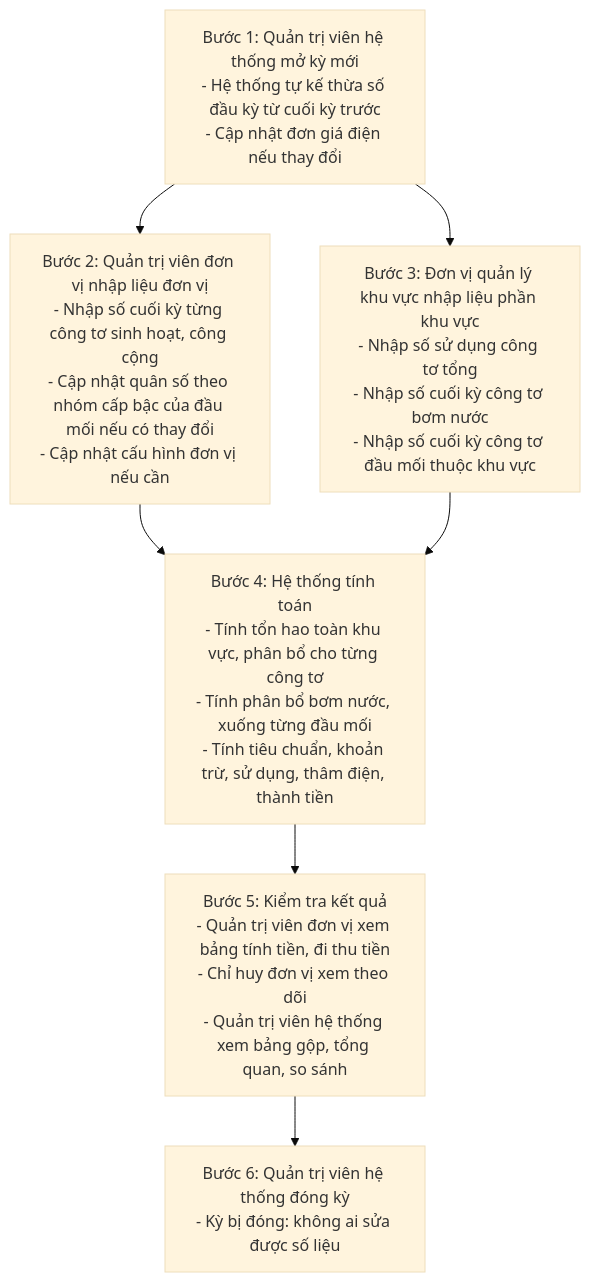
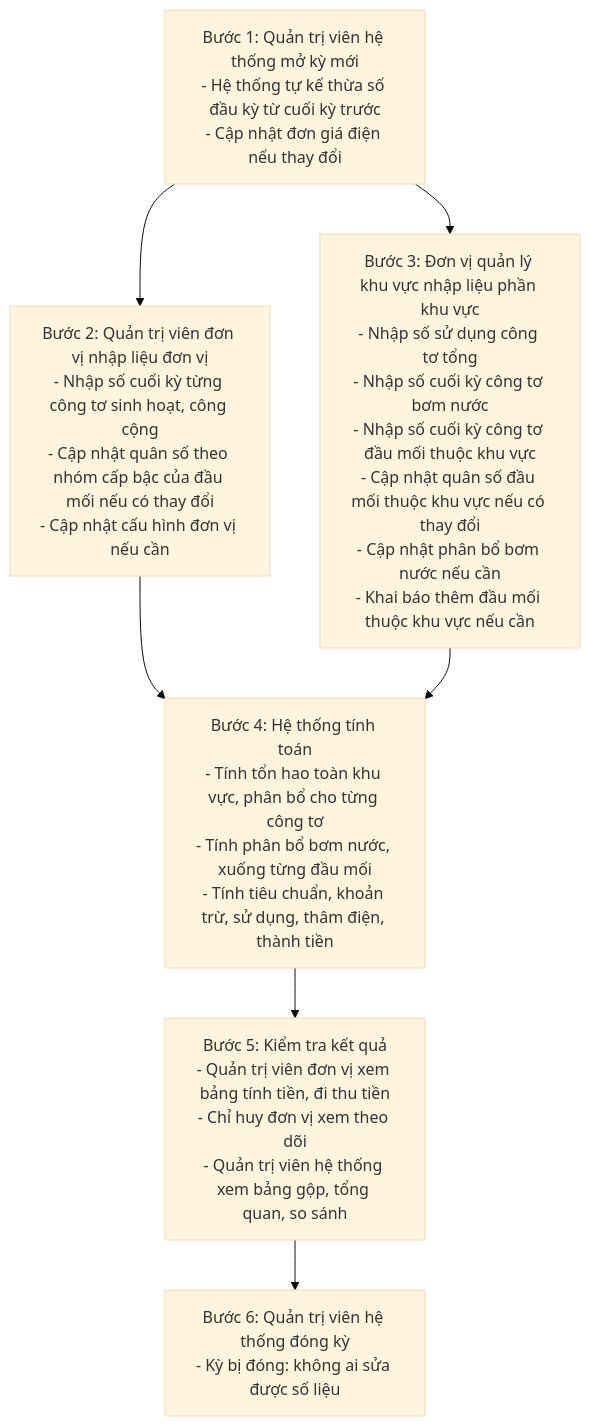
Before and after one commit to manhcuongdtbk/electric-water-management: the sixth of 6 diagrams in docs/V2_XAC_NHAN_NGHIEP_VU.md, drawn with Mermaid (base theme). The commit also changed other lines of this file and 1 other file, not shown here.

````diff
--- a/docs/V2_XAC_NHAN_NGHIEP_VU.md
+++ b/docs/V2_XAC_NHAN_NGHIEP_VU.md
@@ -512,16 +510,16 @@
 ```mermaid
 flowchart TD
     B1["Bước 1: Quản trị viên hệ thống mở kỳ mới\n- Hệ thống tự kế thừa số đầu kỳ từ cuối kỳ trước\n- Cập nhật đơn giá điện nếu thay đổi"]
     B2["Bước 2: Quản trị viên đơn vị nhập liệu đơn vị\n- Nhập số cuối kỳ từng công tơ sinh hoạt, công cộng\n- Cập nhật quân số theo nhóm cấp bậc của đầu mối nếu có thay đổi\n- Cập nhật cấu hình đơn vị nếu cần"]
-    B3["Bước 3: Đơn vị quản lý khu vực nhập liệu phần khu vực\n- Nhập số sử dụng công tơ tổng\n- Nhập số cuối kỳ công tơ bơm nước\n- Nhập số cuối kỳ công tơ đầu mối thuộc khu vực"]
+    B3["Bước 3: Đơn vị quản lý khu vực nhập liệu phần khu vực\n- Nhập số sử dụng công tơ tổng\n- Nhập số cuối kỳ công tơ bơm nước\n- Nhập số cuối kỳ công tơ đầu mối thuộc khu vực\n- Cập nhật quân số đầu mối thuộc khu vực nếu có thay đổi\n- Cập nhật phân bổ bơm nước nếu cần\n- Khai báo thêm đầu mối thuộc khu vực nếu cần"]
     B4["Bước 4: Hệ thống tính toán\n- Tính tổn hao toàn khu vực, phân bổ cho từng công tơ\n- Tính phân bổ bơm nước, xuống từng đầu mối\n- Tính tiêu chuẩn, khoản trừ, sử dụng, thâm điện, thành tiền"]
     B5["Bước 5: Kiểm tra kết quả\n- Quản trị viên đơn vị xem bảng tính tiền, đi thu tiền\n- Chỉ huy đơn vị xem theo dõi\n- Quản trị viên hệ thống xem bảng gộp, tổng quan, so sánh"]
     B6["Bước 6: Quản trị viên hệ thống đóng kỳ\n- Kỳ bị đóng: không ai sửa được số liệu"]
 
     B1 --> B2
     B1 --> B3
     B2 --> B4
     B3 --> B4
     B4 --> B5
     B5 --> B6
 ```
````
